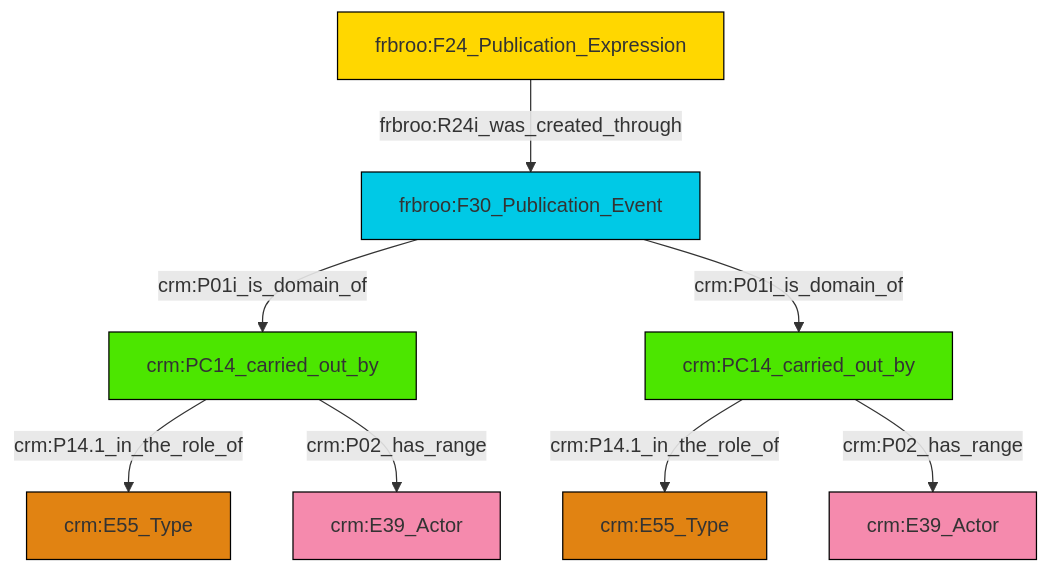
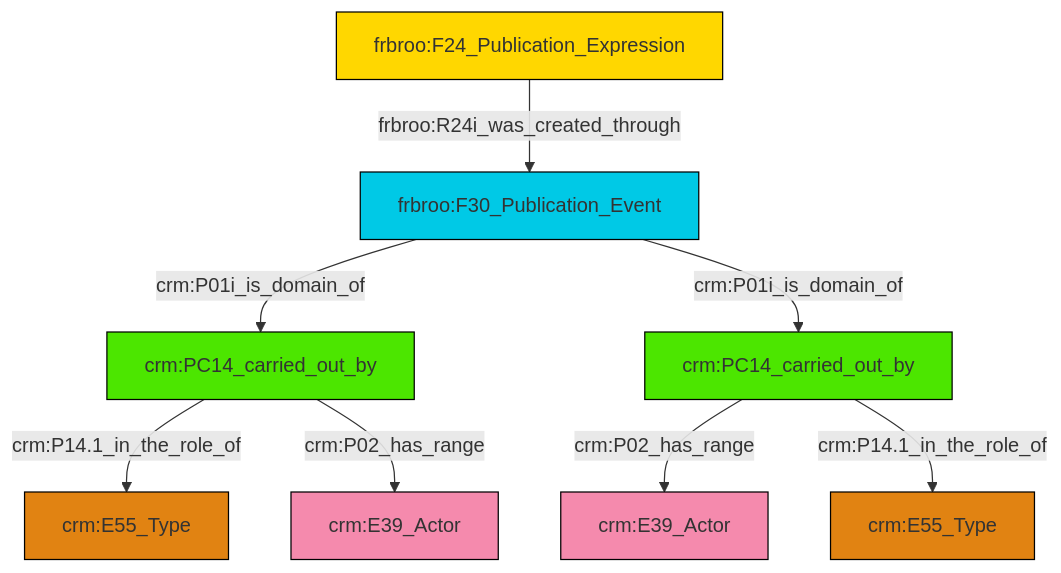
One commit to swiss-art-research-net/reference-data-models changed the diagram in et/biblioCSV/ttl/mmd/biblio_actor_relations.ttl.mmd. Above: the diagram before and after it, drawn with Mermaid. The commit also changed 128 other files, not shown here.

```diff
--- a/et/biblioCSV/ttl/mmd/biblio_actor_relations.ttl.mmd
+++ b/et/biblioCSV/ttl/mmd/biblio_actor_relations.ttl.mmd
@@ -1,22 +1,22 @@
 graph TD
 classDef Literal fill:#f2f2f2,stroke:#000000;
 classDef CRM_Entity fill:#FFFFFF,stroke:#000000;
 classDef Temporal_Entity fill:#00C9E6, stroke:#000000;
 classDef Type fill:#E18312, stroke:#000000;
 classDef Time-Span fill:#2C9C91, stroke:#000000;
 classDef Appellation fill:#FFEB7F, stroke:#000000;
 classDef Place fill:#008836, stroke:#000000;
 classDef Persistent_Item fill:#B266B2, stroke:#000000;
 classDef Conceptual_Object fill:#FFD700, stroke:#000000;
 classDef Physical_Thing fill:#D2B48C, stroke:#000000;
 classDef Actor fill:#f58aad, stroke:#000000;
 classDef PC_Classes fill:#4ce600, stroke:#000000;
 classDef Multi fill:#cccccc,stroke:#000000;
 
-0["frbroo:F24_Publication_Expression"]:::Conceptual_Object -->|frbroo:R24i_was_created_through| 1["frbroo:F30_Publication_Event"]:::Temporal_Entity
-2["crm:PC14_carried_out_by"]:::PC_Classes -->|crm:P14.1_in_the_role_of| 3["crm:E55_Type"]:::Type
-4["crm:PC14_carried_out_by"]:::PC_Classes -->|crm:P14.1_in_the_role_of| 6["crm:E55_Type"]:::Type
-4["crm:PC14_carried_out_by"]:::PC_Classes -->|crm:P02_has_range| 7["crm:E39_Actor"]:::Actor
-1["frbroo:F30_Publication_Event"]:::Temporal_Entity -->|crm:P01i_is_domain_of| 2["crm:PC14_carried_out_by"]:::PC_Classes
-1["frbroo:F30_Publication_Event"]:::Temporal_Entity -->|crm:P01i_is_domain_of| 4["crm:PC14_carried_out_by"]:::PC_Classes
-2["crm:PC14_carried_out_by"]:::PC_Classes -->|crm:P02_has_range| 8["crm:E39_Actor"]:::Actor
+2["frbroo:F30_Publication_Event"]:::Temporal_Entity -->|crm:P01i_is_domain_of| 3["crm:PC14_carried_out_by"]:::PC_Classes
+2["frbroo:F30_Publication_Event"]:::Temporal_Entity -->|crm:P01i_is_domain_of| 6["crm:PC14_carried_out_by"]:::PC_Classes
+6["crm:PC14_carried_out_by"]:::PC_Classes -->|crm:P02_has_range| 7["crm:E39_Actor"]:::Actor
+0["frbroo:F24_Publication_Expression"]:::Conceptual_Object -->|frbroo:R24i_was_created_through| 2["frbroo:F30_Publication_Event"]:::Temporal_Entity
+6["crm:PC14_carried_out_by"]:::PC_Classes -->|crm:P14.1_in_the_role_of| 4["crm:E55_Type"]:::Type
+3["crm:PC14_carried_out_by"]:::PC_Classes -->|crm:P14.1_in_the_role_of| 11["crm:E55_Type"]:::Type
+3["crm:PC14_carried_out_by"]:::PC_Classes -->|crm:P02_has_range| 14["crm:E39_Actor"]:::Actor
```
